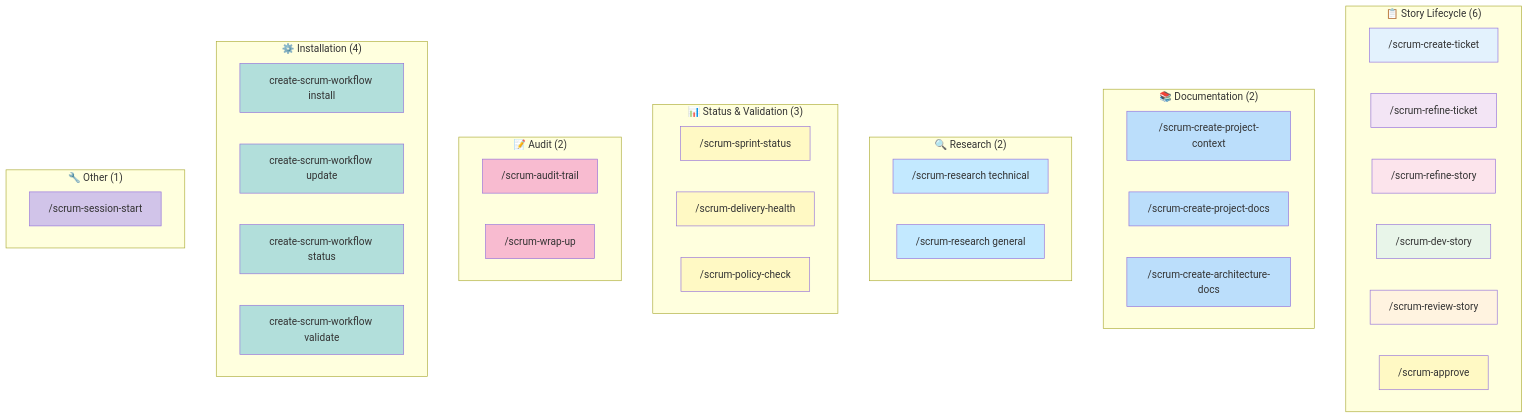
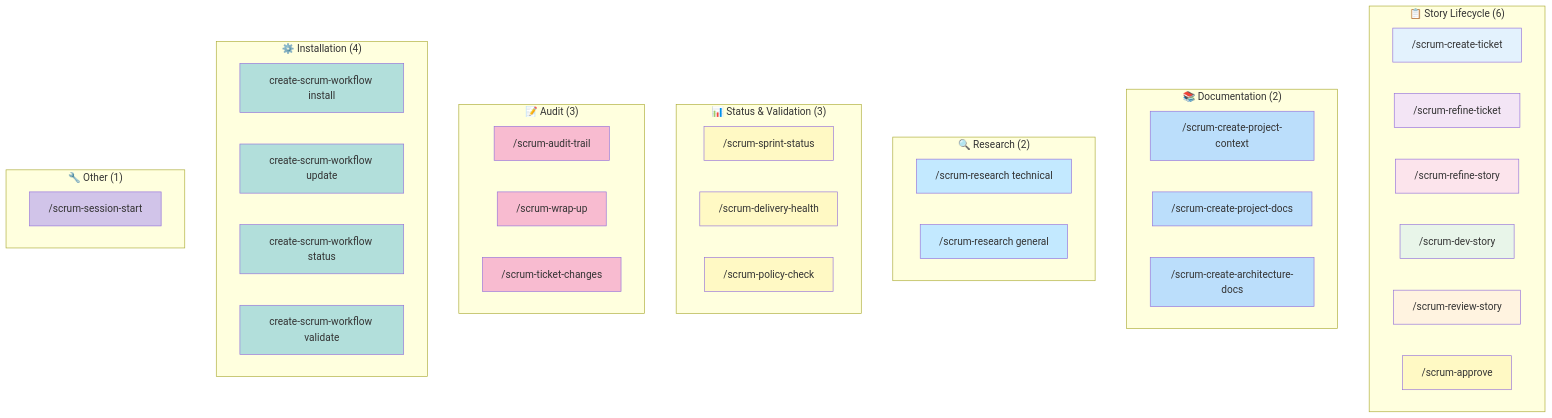
The seventh of 7 diagrams in src/docs/ALL-COMMANDS.md (samibel/scrum_workflow), drawn with Mermaid before and after one commit. The commit also changed other lines of this file, not shown here.

First line of the commit message:
docs: list /scrum-ticket-changes in ALL-COMMANDS overview

````diff
--- a/src/docs/ALL-COMMANDS.md
+++ b/src/docs/ALL-COMMANDS.md
@@ -165,72 +169,74 @@
 ```mermaid
 graph TB
     subgraph Lifecycle["📋 Story Lifecycle (6)"]
         L1["/scrum-create-ticket"]
         L2["/scrum-refine-ticket"]
         L3["/scrum-refine-story"]
         L4["/scrum-dev-story"]
         L5["/scrum-review-story"]
         L6["/scrum-approve"]
     end
     
     subgraph Documentation["📚 Documentation (2)"]
         D1["/scrum-create-project-context"]
         D2["/scrum-create-project-docs"]
         D3["/scrum-create-architecture-docs"]
     end
     
     subgraph Research["🔍 Research (2)"]
         R1["/scrum-research technical"]
         R2["/scrum-research general"]
     end
     
     subgraph Status["📊 Status & Validation (3)"]
         S1["/scrum-sprint-status"]
         S2["/scrum-delivery-health"]
         S3["/scrum-policy-check"]
     end
     
-    subgraph Audit["📝 Audit (2)"]
+    subgraph Audit["📝 Audit (3)"]
         A1["/scrum-audit-trail"]
         A2["/scrum-wrap-up"]
+        A3["/scrum-ticket-changes"]
     end
     
     subgraph Install["⚙️ Installation (4)"]
         I1["create-scrum-workflow install"]
         I2["create-scrum-workflow update"]
         I3["create-scrum-workflow status"]
         I4["create-scrum-workflow validate"]
     end
     
     subgraph Other["🔧 Other (1)"]
         O1["/scrum-session-start"]
     end
     
     style L1 fill:#e3f2fd
     style L2 fill:#f3e5f5
     style L3 fill:#fce4ec
     style L4 fill:#e8f5e9
     style L5 fill:#fff3e0
     style L6 fill:#fff9c4
     
     style D1 fill:#bbdefb
     style D2 fill:#bbdefb
     style D3 fill:#bbdefb
     
     style R1 fill:#c3e9ff
     style R2 fill:#c3e9ff
     
     style S1 fill:#fff9c4
     style S2 fill:#fff9c4
     style S3 fill:#fff9c4
     
     style A1 fill:#f8bbd0
     style A2 fill:#f8bbd0
+    style A3 fill:#f8bbd0
     
     style I1 fill:#b2dfdb
     style I2 fill:#b2dfdb
     style I3 fill:#b2dfdb
     style I4 fill:#b2dfdb
     
     style O1 fill:#d1c4e9
 ```
````
